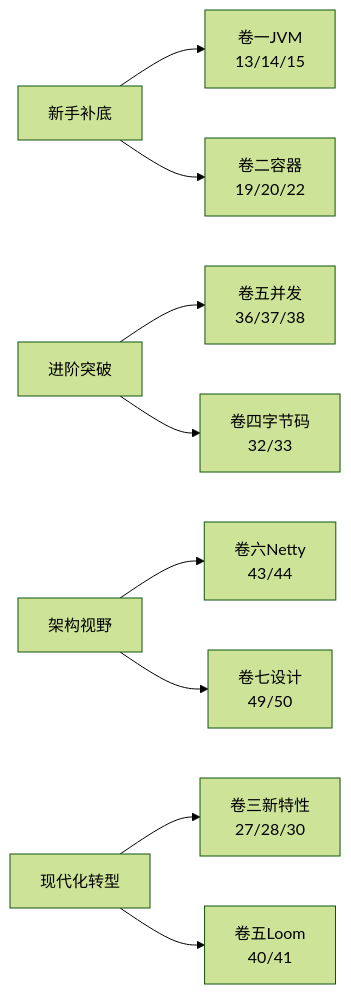
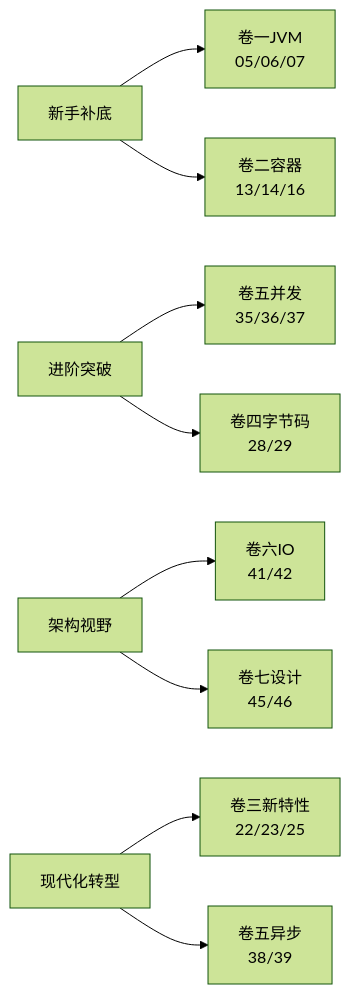
One commit to chongyang211/YCBookBlog changed the diagram in 06.Java高级进阶课/03.专栏博客/README.md. Above: the diagram before and after it, drawn with Mermaid (forest theme). The commit also changed other lines of this file and 89 other files, not shown here.

````diff
--- a/06.Java高级进阶课/03.专栏博客/README.md
+++ b/06.Java高级进阶课/03.专栏博客/README.md
@@ -96,14 +96,14 @@
 ```mermaid
 flowchart LR
-    A[新手补底] --> B[卷一JVM<br/>13/14/15]
-    A --> C[卷二容器<br/>19/20/22]
+    A[新手补底] --> B[卷一JVM<br/>05/06/07]
+    A --> C[卷二容器<br/>13/14/16]
 
-    D[进阶突破] --> E[卷五并发<br/>36/37/38]
-    D --> F[卷四字节码<br/>32/33]
+    D[进阶突破] --> E[卷五并发<br/>35/36/37]
+    D --> F[卷四字节码<br/>28/29]
 
-    G[架构视野] --> H[卷六Netty<br/>43/44]
-    G --> I[卷七设计<br/>49/50]
+    G[架构视野] --> H[卷六IO<br/>41/42]
+    G --> I[卷七设计<br/>45/46]
 
-    J[现代化转型] --> K[卷三新特性<br/>27/28/30]
-    J --> L[卷五Loom<br/>40/41]
+    J[现代化转型] --> K[卷三新特性<br/>22/23/25]
+    J --> L[卷五异步<br/>38/39]
 ```
````
